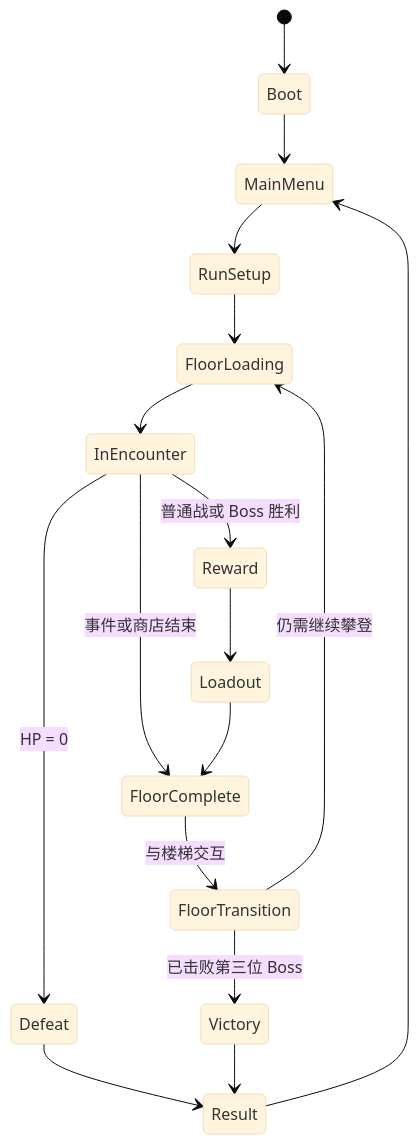
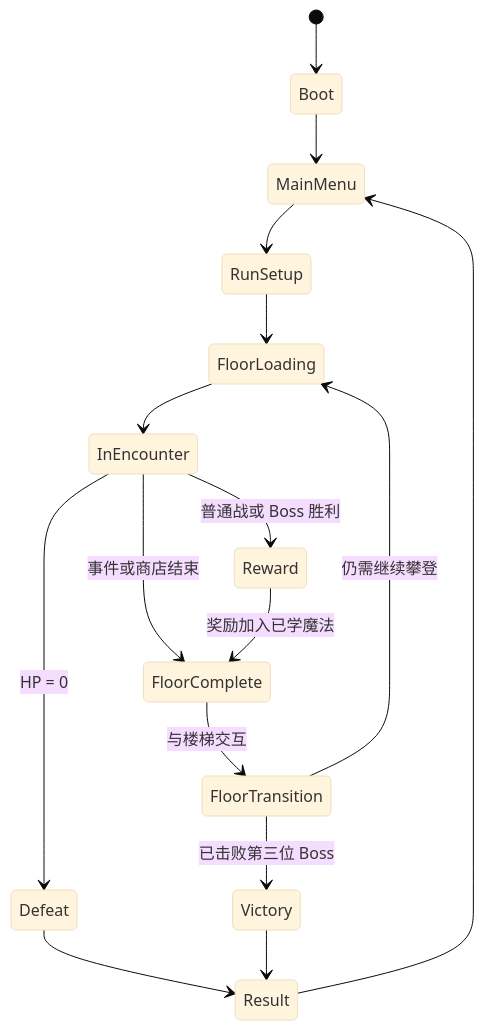
The second of 2 diagrams in docs/ARCHITECTURE.md (xyxy24/frieren_spire), drawn with Mermaid (base theme) before and after one commit. The commit also changed other lines of this file and 18 other files, not shown here.

````diff
--- a/docs/ARCHITECTURE.md
+++ b/docs/ARCHITECTURE.md
@@ -82,19 +85,18 @@
 ```mermaid
 stateDiagram-v2
     [*] --> Boot
     Boot --> MainMenu
     MainMenu --> RunSetup
     RunSetup --> FloorLoading
     FloorLoading --> InEncounter
     InEncounter --> Reward: 普通战或 Boss 胜利
     InEncounter --> FloorComplete: 事件或商店结束
     InEncounter --> Defeat: HP = 0
-    Reward --> Loadout
-    Loadout --> FloorComplete
+    Reward --> FloorComplete: 奖励加入已学魔法
     FloorComplete --> FloorTransition: 与楼梯交互
     FloorTransition --> Victory: 已击败第三位 Boss
     FloorTransition --> FloorLoading: 仍需继续攀登
     Defeat --> Result
     Victory --> Result
     Result --> MainMenu
 ```
````
